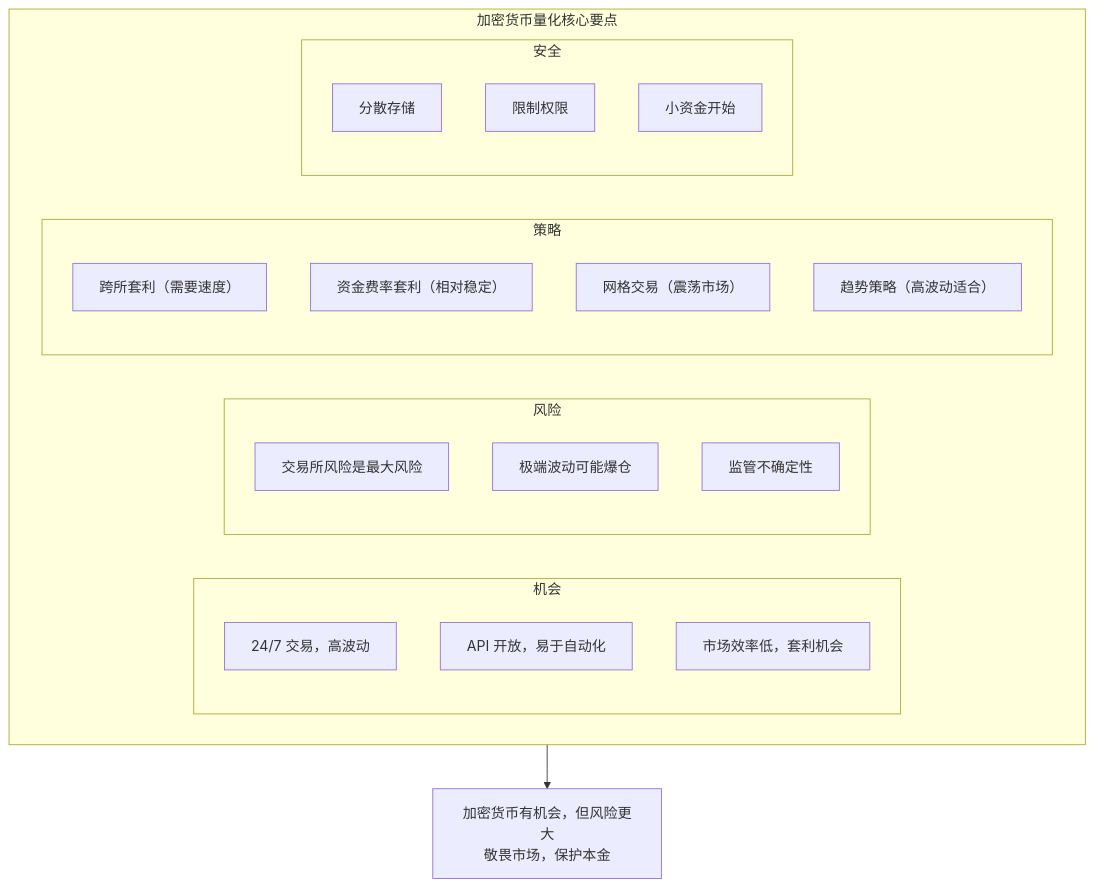
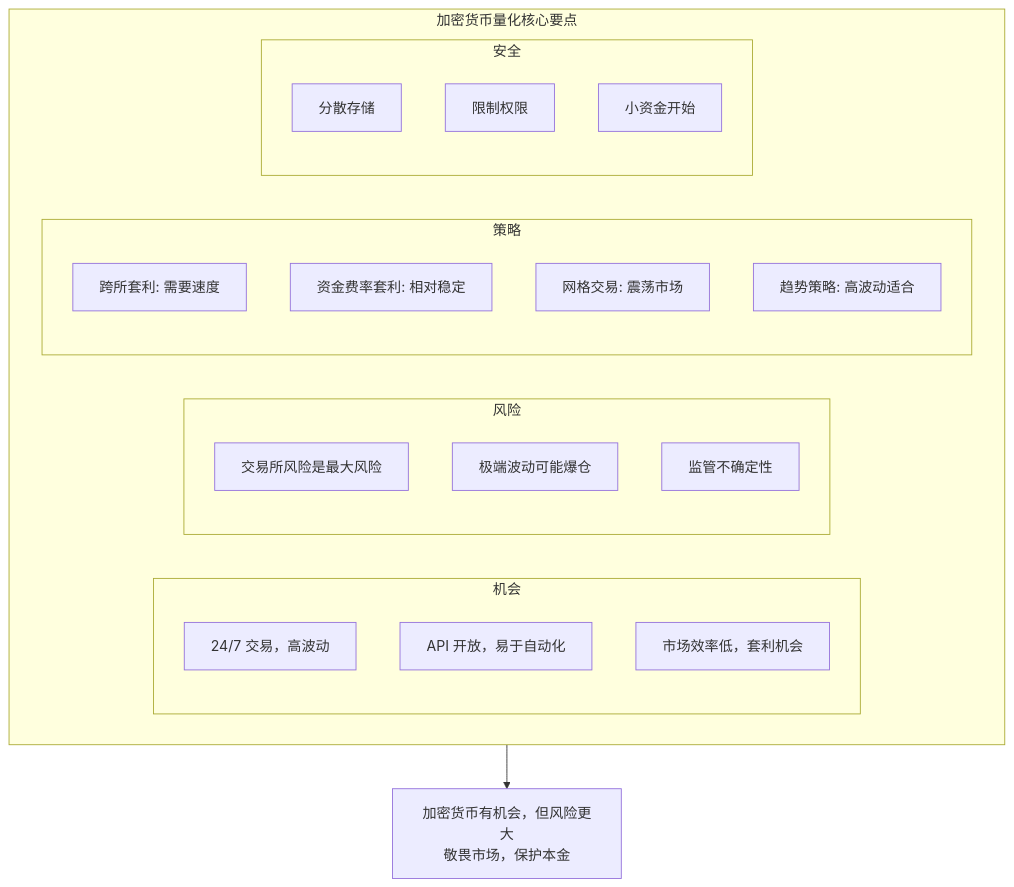
Before and after one commit to jpixy/jpixy.github.io: the fifth of 5 diagrams in content/articles/quant/quant-11-加密货币量化.md, drawn with Mermaid. The commit also changed other lines of this file and 66 other files, not shown here.

Commit message:
fix: resolve Mermaid syntax errors by removing parentheses in node labels

````diff
--- a/content/articles/quant/quant-11-加密货币量化.md
+++ b/content/articles/quant/quant-11-加密货币量化.md
@@ -443,27 +443,27 @@
 ```mermaid
 graph TB
     subgraph 核心要点["加密货币量化核心要点"]
         subgraph 机会
             J1["24/7 交易，高波动"]
             J2["API 开放，易于自动化"]
             J3["市场效率低，套利机会"]
         end
         subgraph 风险
             F1["交易所风险是最大风险"]
             F2["极端波动可能爆仓"]
             F3["监管不确定性"]
         end
         subgraph 策略
-            C1["跨所套利（需要速度）"]
-            C2["资金费率套利（相对稳定）"]
-            C3["网格交易（震荡市场）"]
-            C4["趋势策略（高波动适合）"]
+            C1["跨所套利: 需要速度"]
+            C2["资金费率套利: 相对稳定"]
+            C3["网格交易: 震荡市场"]
+            C4["趋势策略: 高波动适合"]
         end
         subgraph 安全
             A1["分散存储"]
             A2["限制权限"]
             A3["小资金开始"]
         end
     end
     核心要点 --> 结论["加密货币有机会，但风险更大<br/>敬畏市场，保护本金"]
 ```
````
